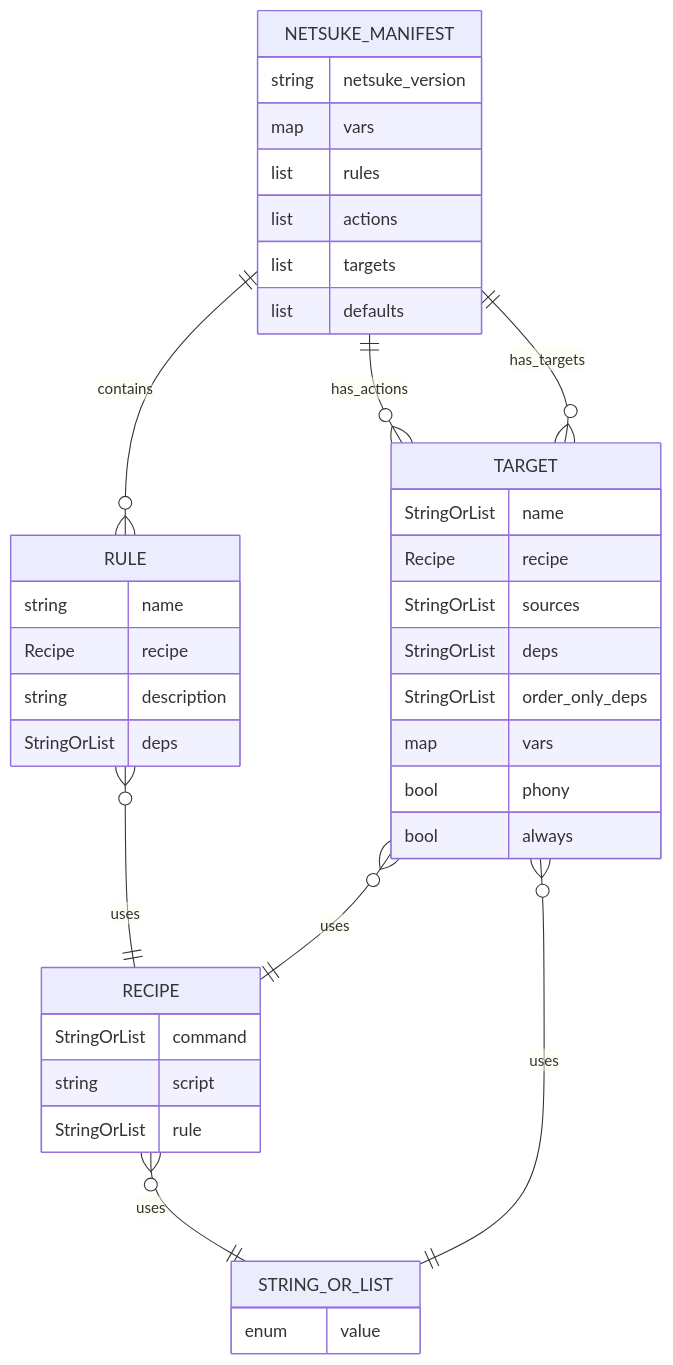
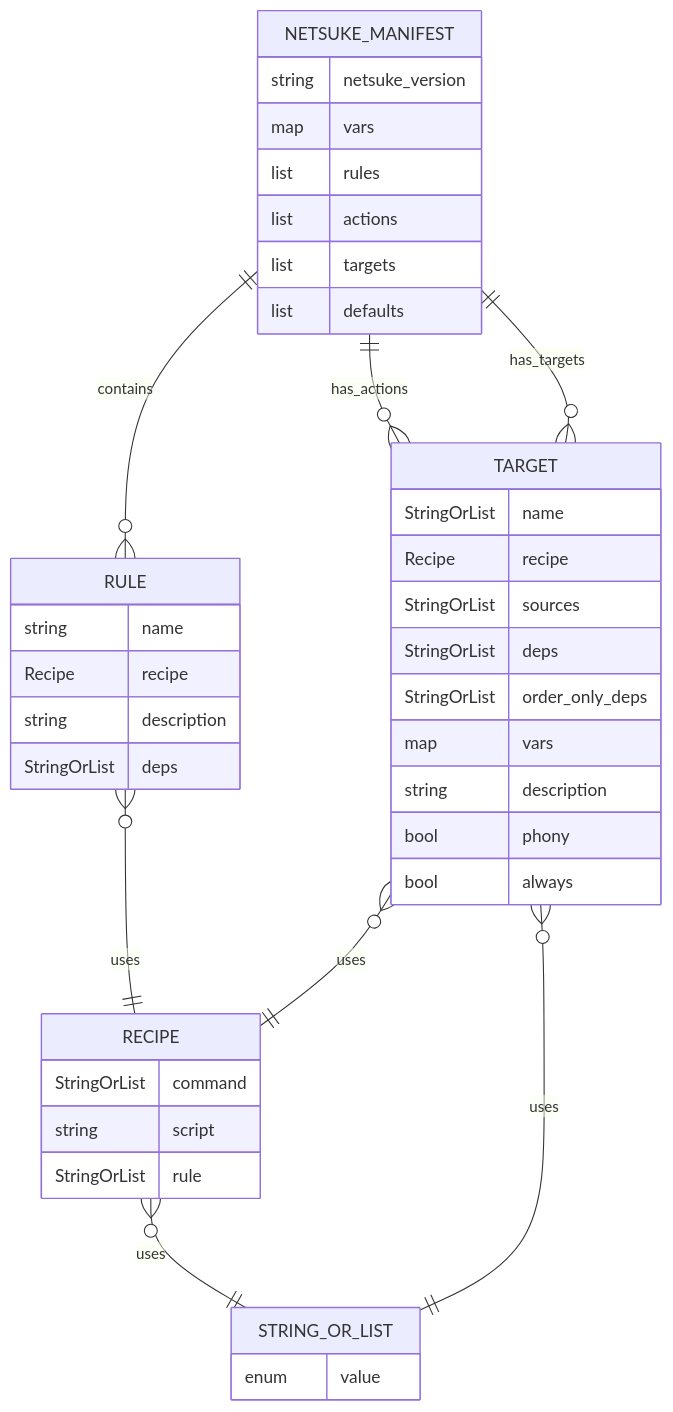
One commit to leynos/netsuke changed the second of 13 diagrams in docs/netsuke-design.md. Above: the diagram before and after it, drawn with Mermaid. The commit also changed other lines of this file, not shown here.

````diff
--- a/docs/netsuke-design.md
+++ b/docs/netsuke-design.md
@@ -199,42 +199,43 @@
 ```mermaid
 erDiagram
     NETSUKE_MANIFEST {
         string netsuke_version
         map vars
         list rules
         list actions
         list targets
         list defaults
     }
     RULE {
         string name
         Recipe recipe
         string description
         StringOrList deps
     }
     TARGET {
         StringOrList name
         Recipe recipe
         StringOrList sources
         StringOrList deps
         StringOrList order_only_deps
         map vars
+        string description
         bool phony
         bool always
     }
     RECIPE {
         StringOrList command
         string script
         StringOrList rule
     }
     STRING_OR_LIST {
         enum value
     }
     NETSUKE_MANIFEST ||--o{ RULE : contains
     NETSUKE_MANIFEST ||--o{ TARGET : has_actions
     NETSUKE_MANIFEST ||--o{ TARGET : has_targets
     RULE }o--|| RECIPE : uses
     TARGET }o--|| RECIPE : uses
     TARGET }o--|| STRING_OR_LIST : uses
     RECIPE }o--|| STRING_OR_LIST : uses
 ```
````
